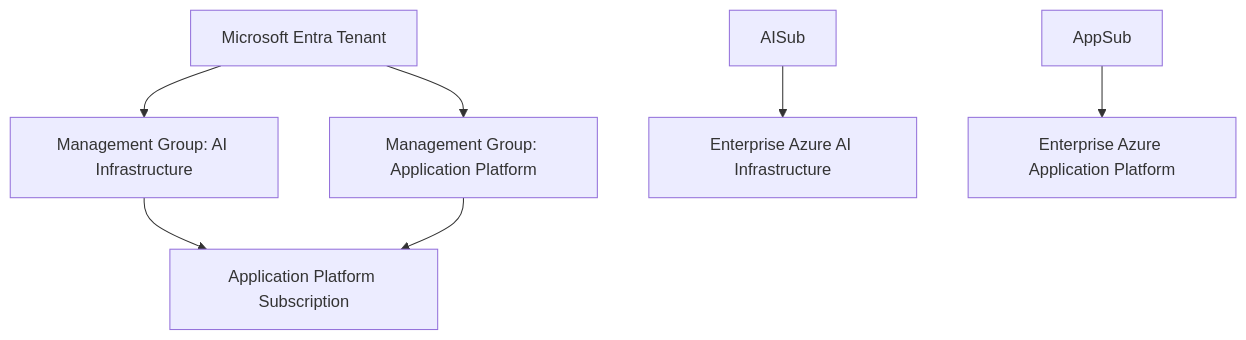
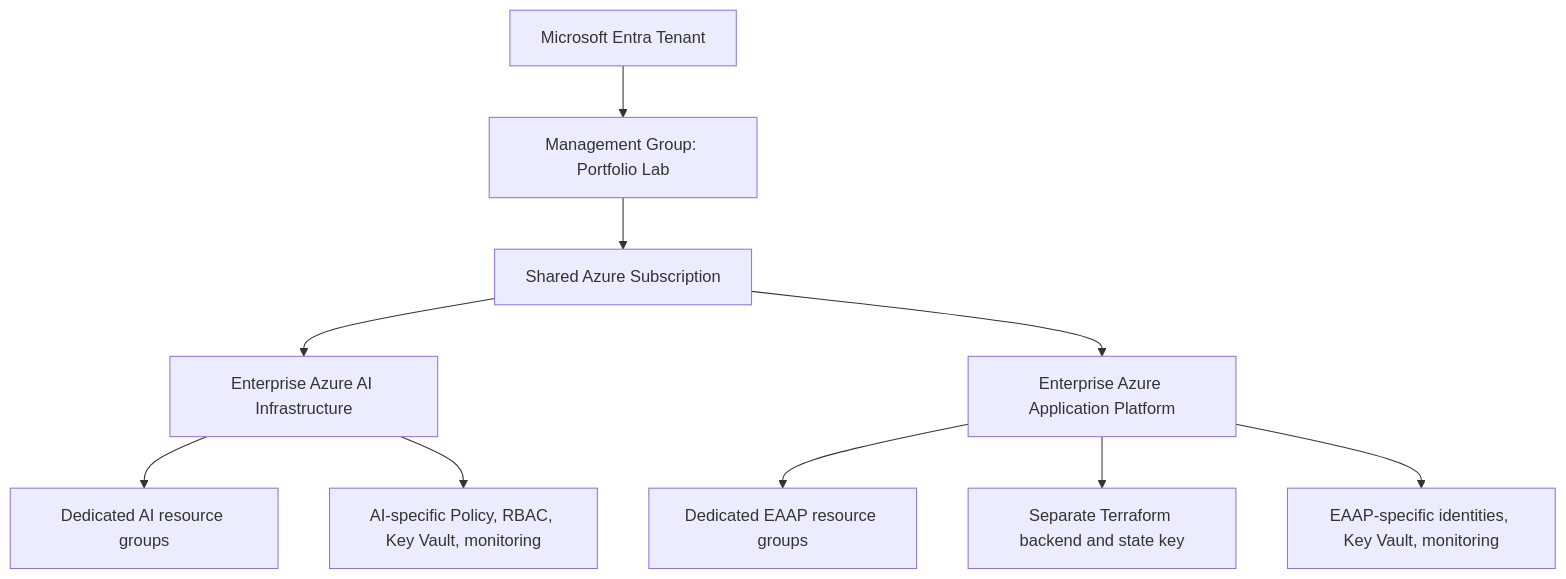
The first of 2 diagrams in README.md (michaeledwards0/enterprise-azure-application-platform), drawn with Mermaid before and after one commit. The commit also changed other lines of this file and 4 other files, not shown here.

````diff
--- a/README.md
+++ b/README.md
@@ -63,13 +66,16 @@
 ```mermaid
 flowchart TB
     Tenant[Microsoft Entra Tenant]
+    Tenant --> PortfolioMG[Management Group: Portfolio Lab]
+    PortfolioMG --> SharedSub[Shared Azure Subscription]
 
-    Tenant --> AIGroup[Management Group: AI Infrastructure]
-    Tenant --> AppGroup[Management Group: Application Platform]
+    SharedSub --> AIProject[Enterprise Azure AI Infrastructure]
+    SharedSub --> AppProject[Enterprise Azure Application Platform]
 
-    AIGroup --> Sub1[AI Infrastructure Subscription]
-    AppGroup --> Sub1[Application Platform Subscription]
+    AIProject --> AIRGs[Dedicated AI resource groups]
+    AIProject --> AIControls[AI-specific Policy, RBAC, Key Vault, monitoring]
 
-    AISub --> AIProject[Enterprise Azure AI Infrastructure]
-    AppSub --> AppProject[Enterprise Azure Application Platform]
+    AppProject --> AppRGs[Dedicated EAAP resource groups]
+    AppProject --> AppState[Separate Terraform backend and state key]
+    AppProject --> AppControls[EAAP-specific identities, Key Vault, monitoring]
 ```
````
